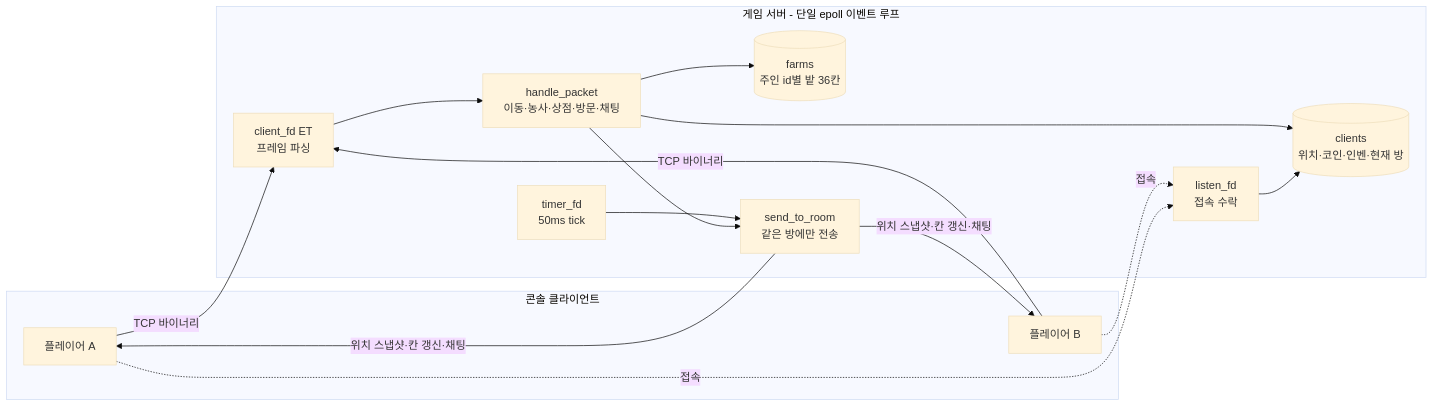
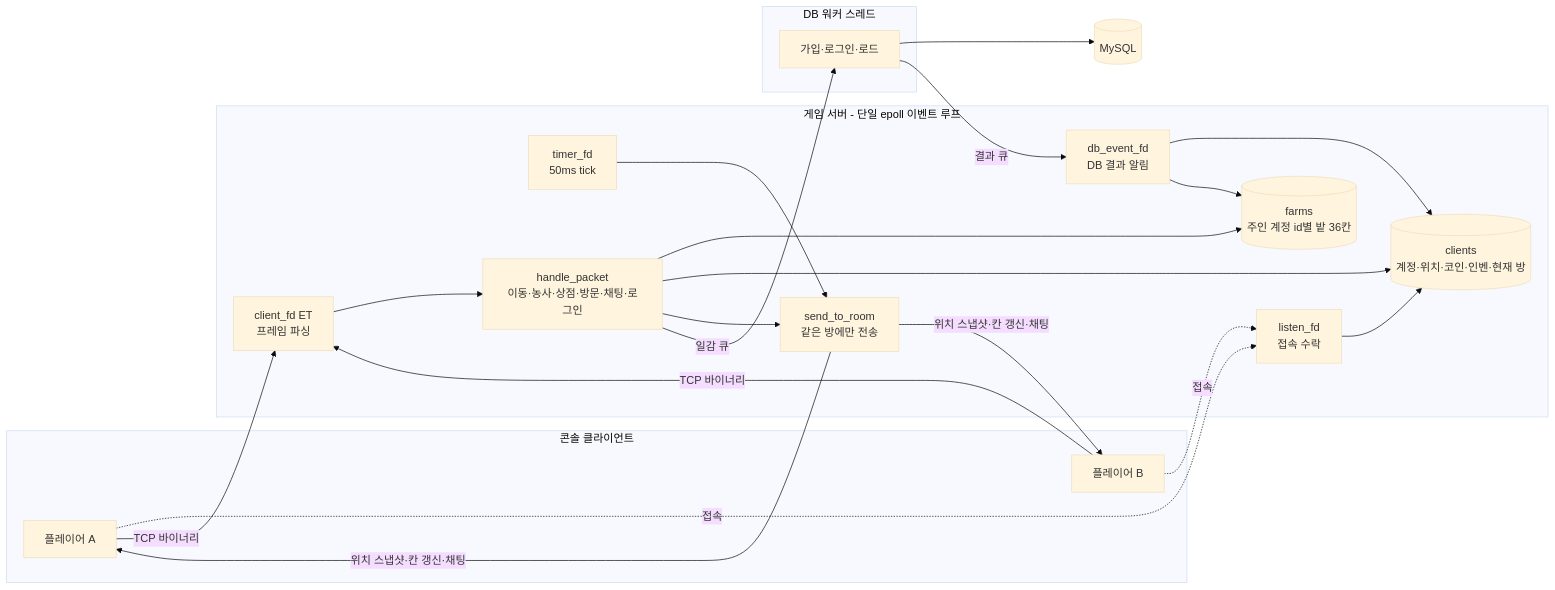
The diagram in README.md (myandue/pumasi-server), drawn with Mermaid (base theme) before and after one commit. The commit also changed other lines of this file and 8 other files, not shown here.

````diff
--- a/README.md
+++ b/README.md
@@ -52,25 +54,35 @@
 ```mermaid
 flowchart LR
     subgraph clients [콘솔 클라이언트]
         A[플레이어 A]
         B[플레이어 B]
     end
     subgraph server [게임 서버 - 단일 epoll 이벤트 루프]
         L[listen_fd<br/>접속 수락]
         T[timer_fd<br/>50ms tick]
         C[client_fd ET<br/>프레임 파싱]
-        H[handle_packet<br/>이동·농사·상점·방문·채팅]
-        F[(farms<br/>주인 id별 밭 36칸)]
-        P[(clients<br/>위치·코인·인벤·현재 방)]
+        H[handle_packet<br/>이동·농사·상점·방문·채팅·로그인]
+        F[(farms<br/>주인 계정 id별 밭 36칸)]
+        P[(clients<br/>계정·위치·코인·인벤·현재 방)]
         R[send_to_room<br/>같은 방에만 전송]
+        E[db_event_fd<br/>DB 결과 알림]
     end
+    subgraph worker [DB 워커 스레드]
+        W[가입·로그인·로드]
+    end
+    D[(MySQL)]
     A & B -. 접속 .-> L
     L --> P
     A & B -- TCP 바이너리 --> C
     C --> H
     H --> F
     H --> P
     H --> R
     T --> R
+    H -- 일감 큐 --> W
+    W --> D
+    W -- 결과 큐 --> E
+    E --> P
+    E --> F
     R -- 위치 스냅샷·칸 갱신·채팅 --> A & B
 ```
````
